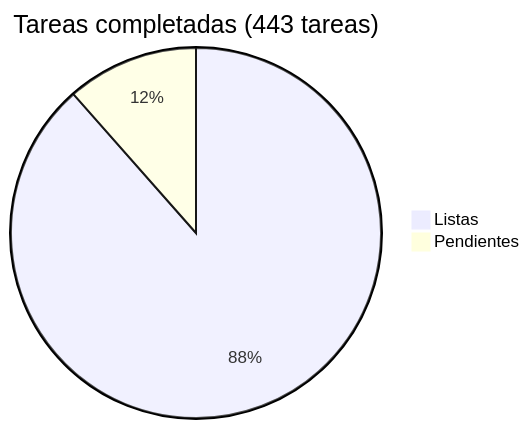
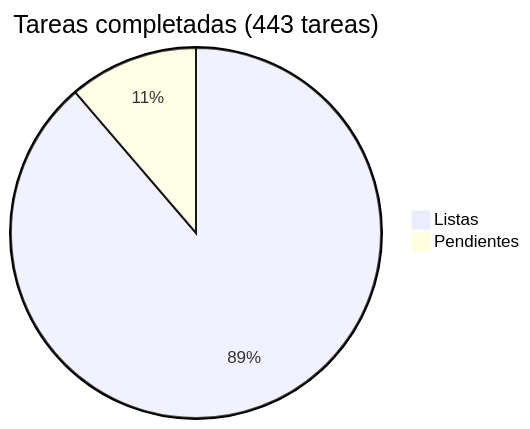
One commit to araguaney-lat/araguaney changed the diagram in docs/roadmap/README.md. Above: the diagram before and after it, drawn with Mermaid. The commit also changed other lines of this file and 9 other files, not shown here.

````diff
--- a/docs/roadmap/README.md
+++ b/docs/roadmap/README.md
@@ -5,5 +5,5 @@
 ```mermaid
 pie title Tareas completadas (443 tareas)
-    "Listas" : 392
-    "Pendientes" : 51
+    "Listas" : 393
+    "Pendientes" : 50
 ```
````
